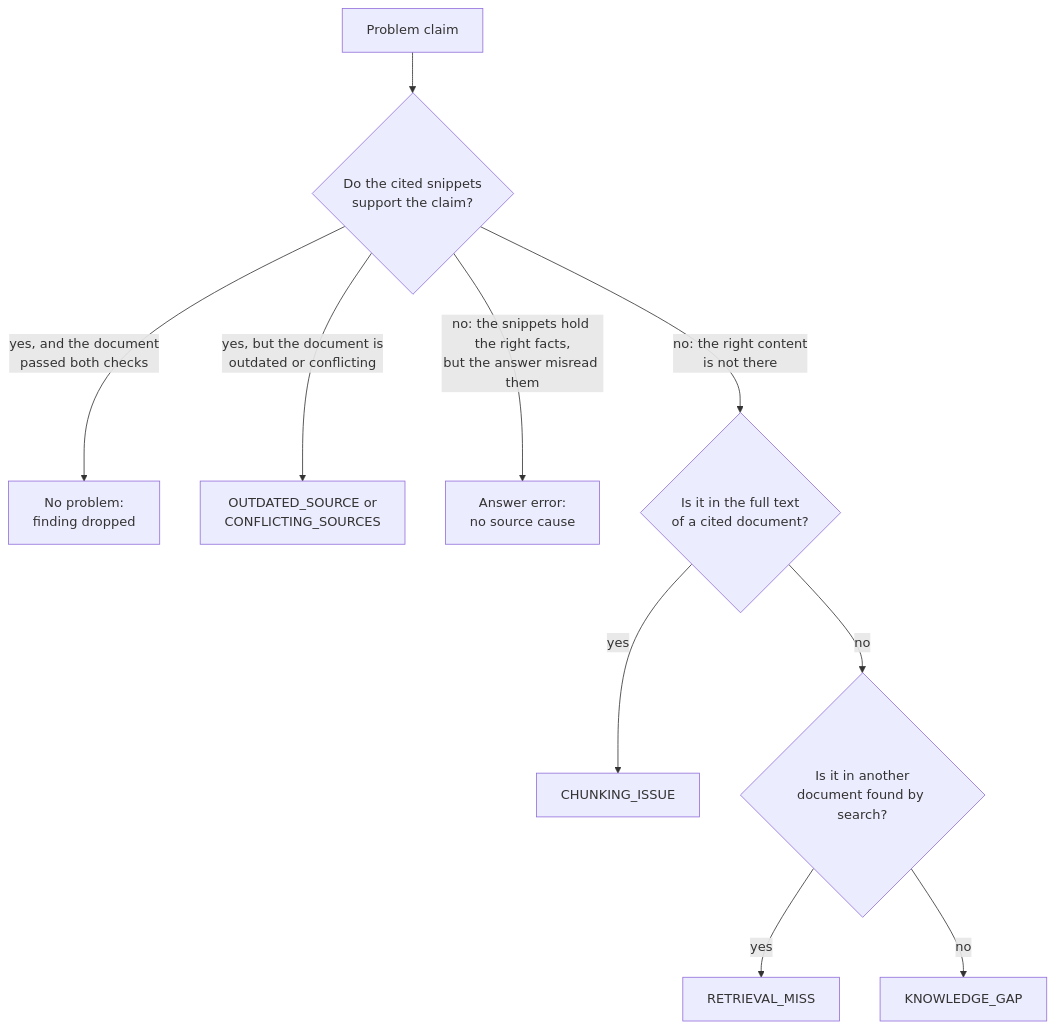
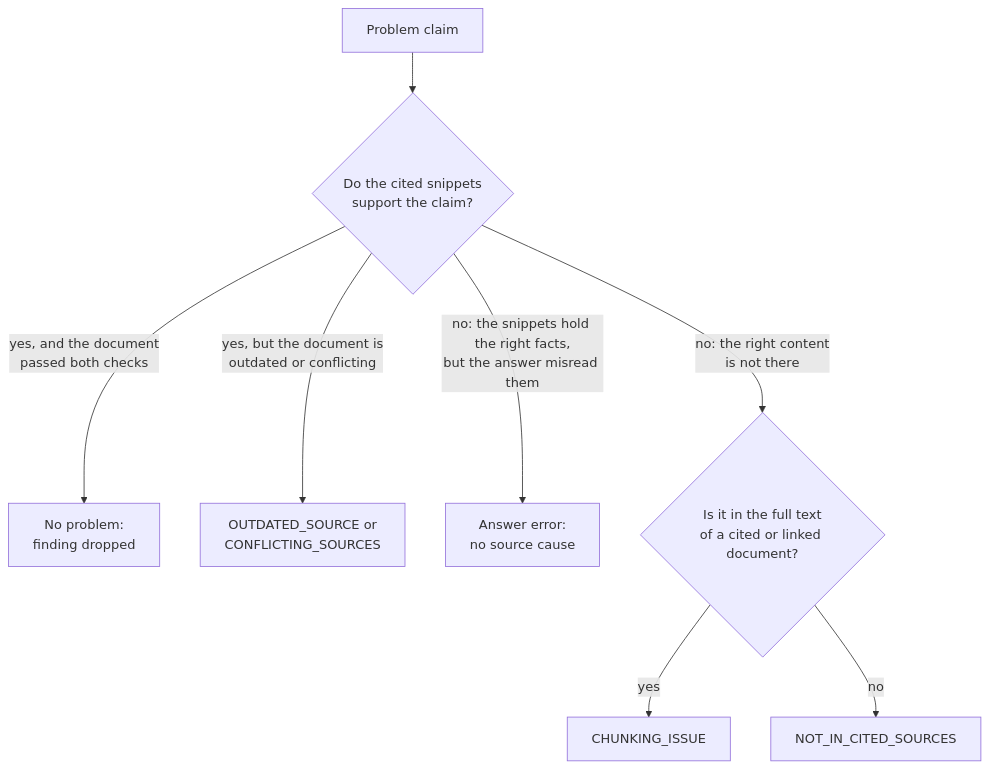
The seventh of 19 diagrams in design-doc.md (pborkowski-rtbh/conversation-analyzer), drawn with Mermaid before and after one commit. The commit also changed other lines of this file and 1 other file, not shown here.

````diff
--- a/design-doc.md
+++ b/design-doc.md
@@ -644,12 +645,10 @@
 ```mermaid
 flowchart TD
     A["Problem claim"] --> B{"Do the cited snippets<br/>support the claim?"}
     B -->|"yes, and the document<br/>passed both checks"| OK["No problem:<br/>finding dropped"]
     B -->|"yes, but the document is<br/>outdated or conflicting"| OS["OUTDATED_SOURCE or<br/>CONFLICTING_SOURCES"]
     B -->|"no: the snippets hold the right facts,<br/>but the answer misread them"| AN["Answer error:<br/>no source cause"]
-    B -->|"no: the right content<br/>is not there"| C{"Is it in the full text<br/>of a cited document?"}
+    B -->|"no: the right content<br/>is not there"| C{"Is it in the full text<br/>of a cited or linked document?"}
     C -->|"yes"| CH["CHUNKING_ISSUE"]
-    C -->|"no"| D{"Is it in another<br/>document found by search?"}
-    D -->|"yes"| RM["RETRIEVAL_MISS"]
-    D -->|"no"| KG["KNOWLEDGE_GAP"]
+    C -->|"no"| NC["NOT_IN_CITED_SOURCES"]
 ```
````
